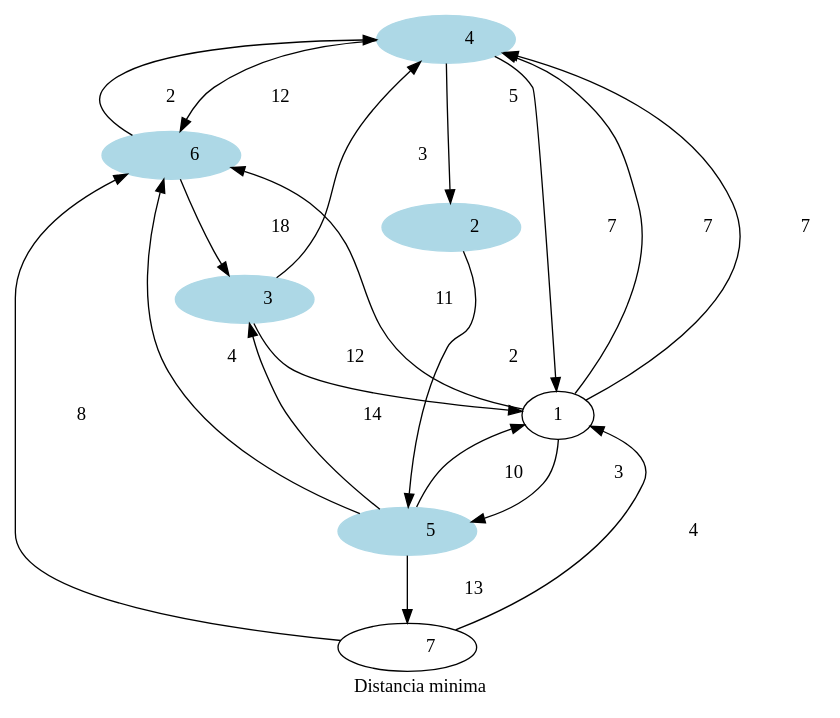
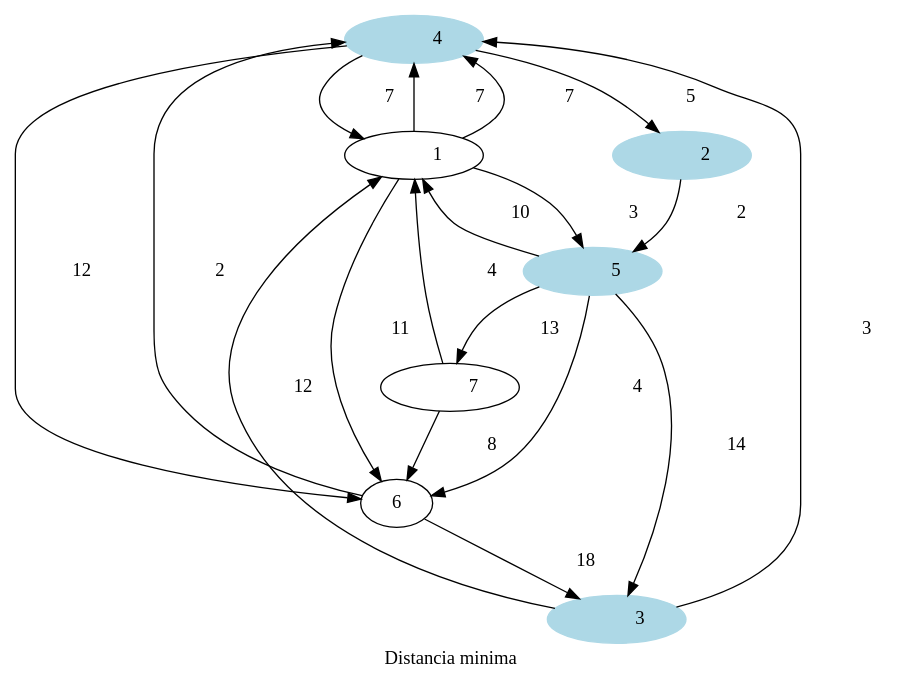
Before and after one commit to nxz7/EDD_PROYECTO-_202200007: the diagram in FASE3/distancia_min.dot, drawn with Graphviz. The commit also changed 24 other files, not shown here.

```diff
--- a/FASE3/distancia_min.dot
+++ b/FASE3/distancia_min.dot
@@ -1,32 +1,33 @@
  digraph G {
  label="Distancia minima"
            4 [label = "           4 ", style=filled, color = lightblue]
            5 [label = "           5 ", style=filled, color = lightblue]
            4 [label = "           4 ", style=filled, color = lightblue]
-           6 [label = "           6 ", style=filled, color = lightblue]
+           1 [label = "           1 "]
            1  ->            4  [label = "           7 ", dir = normal];
            1  ->            5  [label = "           3 ", dir = normal];
            1  ->            4  [label = "           7 ", dir = normal];
            1  ->            6  [label = "          11 ", dir = normal];
            2 [label = "           2 ", style=filled, color = lightblue]
            2  ->            5  [label = "           2 ", dir = normal];
            3 [label = "           3 ", style=filled, color = lightblue]
            3  ->            1  [label = "          12 ", dir = normal];
            3  ->            4  [label = "           3 ", dir = normal];
            4 [label = "           4 ", style=filled, color = lightblue]
            4  ->            2  [label = "           5 ", dir = normal];
            4  ->            6  [label = "          12 ", dir = normal];
            4  ->            1  [label = "           7 ", dir = normal];
            5 [label = "           5 ", style=filled, color = lightblue]
            5  ->            3  [label = "          14 ", dir = normal];
            5  ->            1  [label = "          10 ", dir = normal];
            5  ->            7  [label = "          13 ", dir = normal];
            5  ->            6  [label = "           4 ", dir = normal];
-           6 [label = "           6 ", style=filled, color = lightblue]
+           4 [label = "           4 ", style=filled, color = lightblue]
+           3 [label = "           3 ", style=filled, color = lightblue]
            6  ->            4  [label = "           2 ", dir = normal];
            6  ->            3  [label = "          18 ", dir = normal];
            7 [label = "           7 "]
-           6 [label = "           6 ", style=filled, color = lightblue]
+           7 [label = "           7 "]
            7  ->            1  [label = "           4 ", dir = normal];
            7  ->            6  [label = "           8 ", dir = normal];
  }
```
